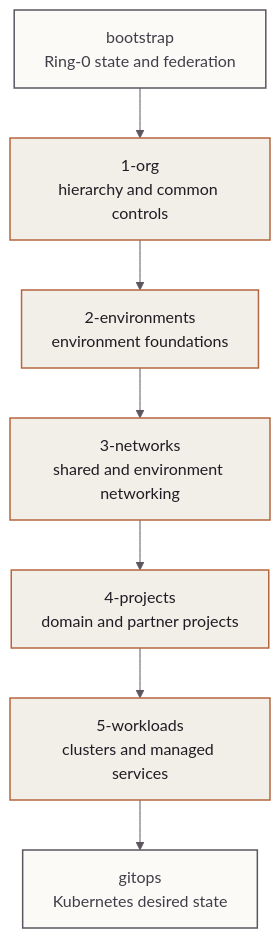
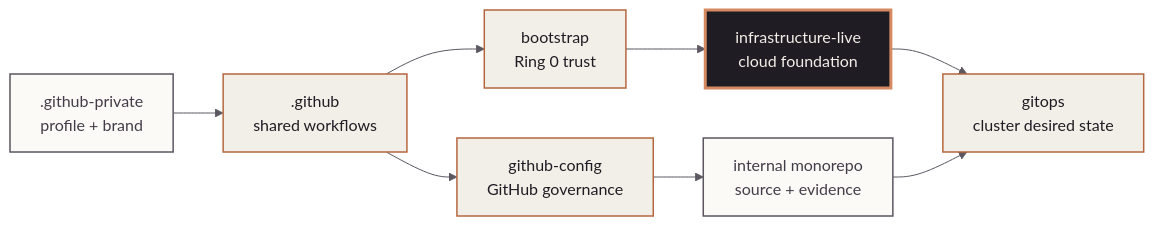
Before and after one commit to mindclade/infrastructure-live-old: the diagram in README.md, drawn with Mermaid. The commit also changed other lines of this file and 63 other files, not shown here.

Commit message:
feat(infrastructure): harden platform trust foundations

````diff
--- a/README.md
+++ b/README.md
@@ -44,16 +72,18 @@
 ```mermaid
+%% current: infrastructure-live %%
 %%{init: {"theme":"base","themeVariables":{"primaryColor":"#F2EFE8","primaryTextColor":"#201C24","primaryBorderColor":"#B5673F","secondaryColor":"#FBFAF7","tertiaryColor":"#FBFAF7","lineColor":"#5B5660","edgeLabelBackground":"#FBFAF7","clusterBkg":"#FBFAF7","clusterBorder":"#E2DED4"}}}%%
-flowchart TD
-    B["bootstrap<br/>Ring-0 state and federation"] --> O["1-org<br/>hierarchy and common controls"]
-    O --> E["2-environments<br/>environment foundations"]
-    E --> N["3-networks<br/>shared and environment networking"]
-    N --> P["4-projects<br/>domain and partner projects"]
-    P --> W["5-workloads<br/>clusters and managed services"]
-    W --> G["gitops<br/>Kubernetes desired state"]
-
-    classDef authority fill:#201C24,color:#F2EFE8,stroke:#D68A61,stroke-width:2px;
+flowchart LR
+    GHP[".github-private<br/>profile + brand"] --> GH[".github<br/>shared workflows"]
+    GH --> GC["github-config<br/>GitHub governance"]
+    GH --> BS["bootstrap<br/>Ring 0 trust"]
+    BS --> IL["infrastructure-live<br/>cloud foundation"]
+    IL --> GO["gitops<br/>cluster desired state"]
+    MO["internal monorepo<br/>source + evidence"] --> GO
+    GC --> MO
+    classDef current fill:#201C24,color:#F2EFE8,stroke:#D68A61,stroke-width:3px;
     classDef managed fill:#F2EFE8,color:#201C24,stroke:#B5673F,stroke-width:1.5px;
-    classDef external fill:#FBFAF7,color:#423D48,stroke:#5B5660,stroke-width:1.5px;
-    class O,E,N,P,W managed;
-    class B,G external;
+    classDef source fill:#FBFAF7,color:#423D48,stroke:#5B5660,stroke-width:1.5px;
+    class IL current;
+    class GH,GC,BS,GO managed;
+    class GHP,MO source;
 ```
````
